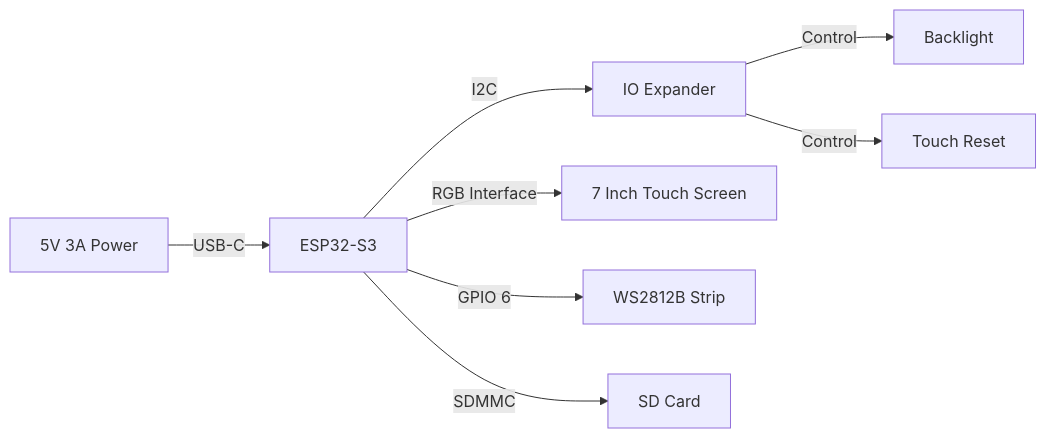
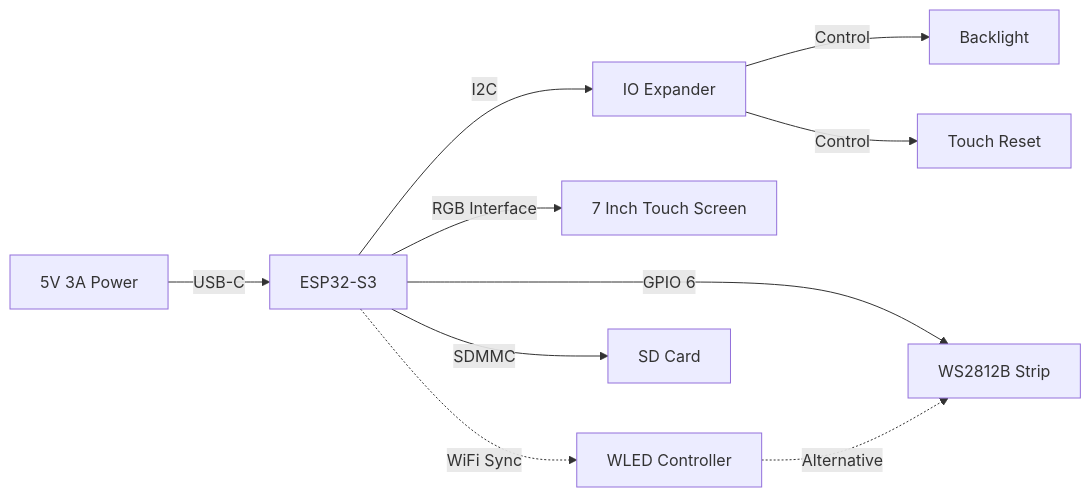
One commit to mmustafaaslan/DigitalLibrarian changed the second of 4 diagrams in README.md. Above: the diagram before and after it, drawn with Mermaid.

Commit message:
Add WLED Controller as a hardware option in README

````diff
--- a/README.md
+++ b/README.md
@@ -95,11 +95,15 @@
 ```mermaid
 graph LR
     PSU[5V 3A Power] -->|USB-C| ESP[ESP32-S3]
     ESP -->|I2C| IO[IO Expander]
     ESP -->|RGB Interface| LCD[7 Inch Touch Screen]
     ESP -->|GPIO 6| LED[WS2812B Strip]
+    
+    ESP -.->|WiFi Sync| WLED[WLED Controller]
+    WLED -.->|Alternative| LED
+    
     ESP -->|SDMMC| SD[SD Card]
     
     IO -->|Control| LCD_BL[Backlight]
     IO -->|Control| LCD_RST[Touch Reset]
 ```
````
